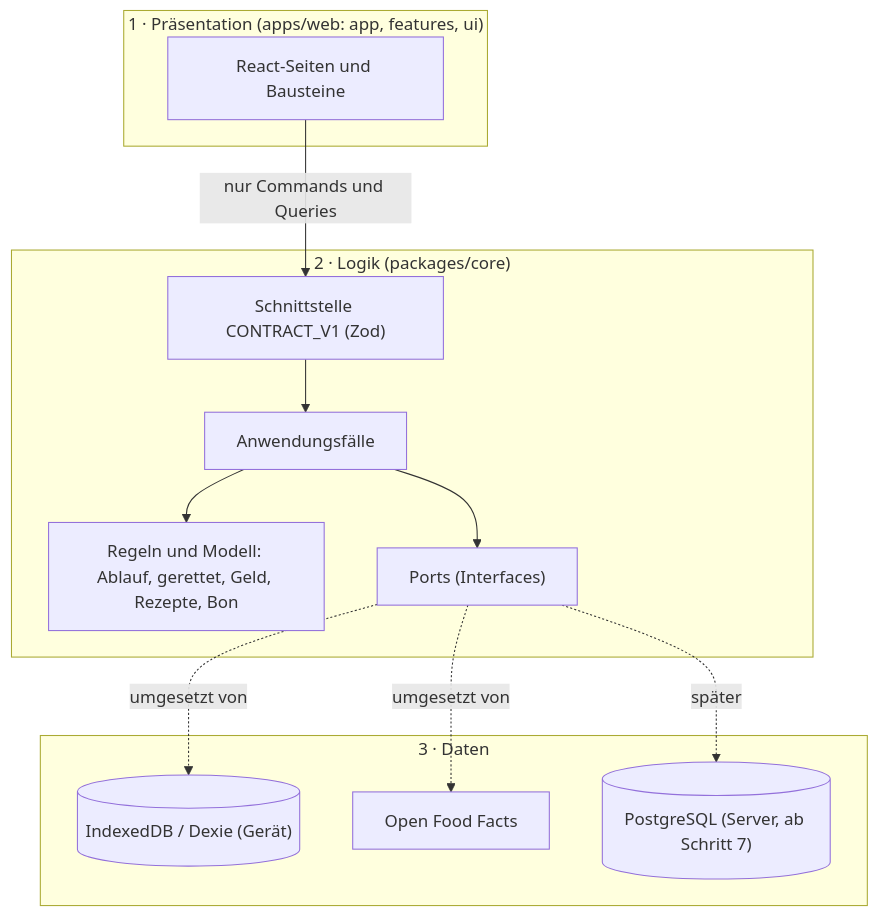
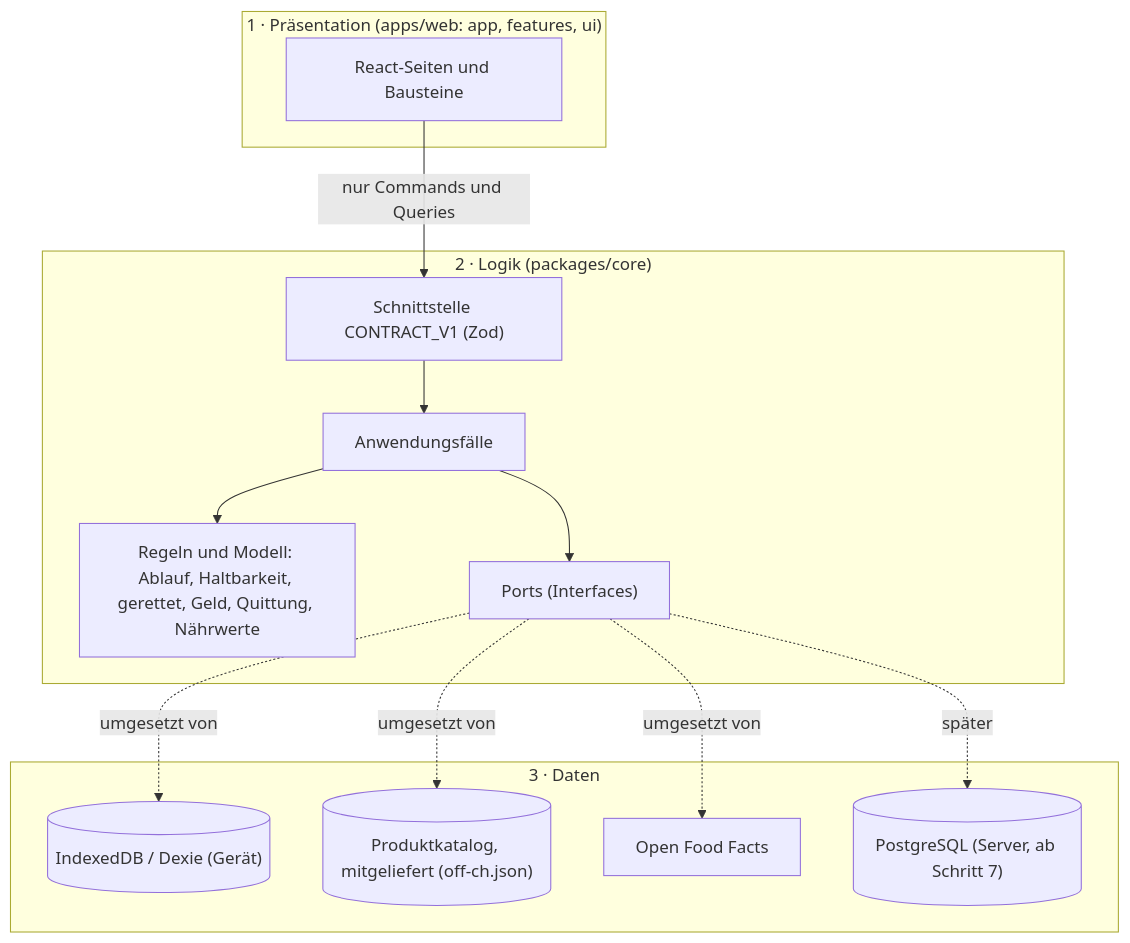
Before and after one commit to BanioX/FridgeAI: the diagram in docs/architecture.md, drawn with Mermaid. The commit also changed other lines of this file and 18 other files, not shown here.

````diff
--- a/docs/architecture.md
+++ b/docs/architecture.md
@@ -8,22 +8,24 @@
 ```mermaid
 flowchart TB
   subgraph P["1 · Präsentation (apps/web: app, features, ui)"]
     UI["React-Seiten und Bausteine"]
   end
   subgraph L["2 · Logik (packages/core)"]
     C["Schnittstelle CONTRACT_V1 (Zod)"]
     A["Anwendungsfälle"]
-    D["Regeln und Modell: Ablauf, gerettet, Geld, Rezepte, Bon"]
+    D["Regeln und Modell: Ablauf, Haltbarkeit, gerettet, Geld, Quittung, Nährwerte"]
     Ports["Ports (Interfaces)"]
   end
   subgraph S["3 · Daten"]
     Dexie[("IndexedDB / Dexie (Gerät)")]
+    Katalog[("Produktkatalog, mitgeliefert (off-ch.json)")]
     OFF["Open Food Facts"]
     PG[("PostgreSQL (Server, ab Schritt 7)")]
   end
   UI -->|nur Commands und Queries| C --> A --> D
   A --> Ports
   Ports -.umgesetzt von.-> Dexie
+  Ports -.umgesetzt von.-> Katalog
   Ports -.umgesetzt von.-> OFF
   Ports -. später .-> PG
 ```
````
